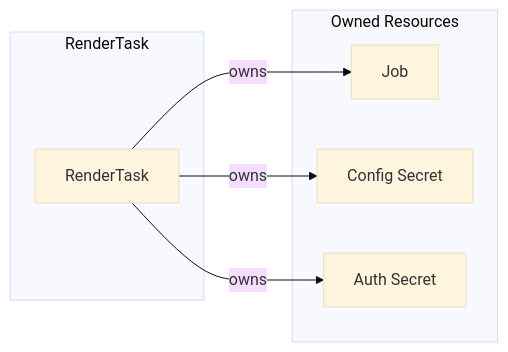
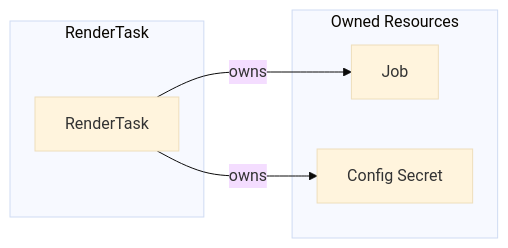
The second of 3 diagrams in docs/developer-guide/rendertask_controller.md (opendefensecloud/solution-arsenal), drawn with Mermaid (base theme) before and after one commit. The commit also changed other lines of this file and 6 other files, not shown here.

````diff
--- a/docs/developer-guide/rendertask_controller.md
+++ b/docs/developer-guide/rendertask_controller.md
@@ -43,16 +42,14 @@
 ```mermaid
 flowchart LR
     subgraph RenderTask
         RT[RenderTask]
     end
 
     subgraph Owned Resources
         JS[Job]
         CS[Config Secret]
-        AS[Auth Secret]
     end
 
     RT -->|owns| JS
     RT -->|owns| CS
-    RT -->|owns| AS
 ```
````
